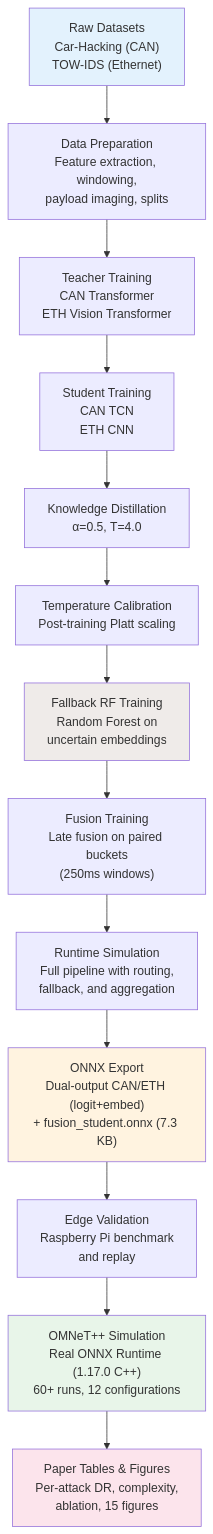
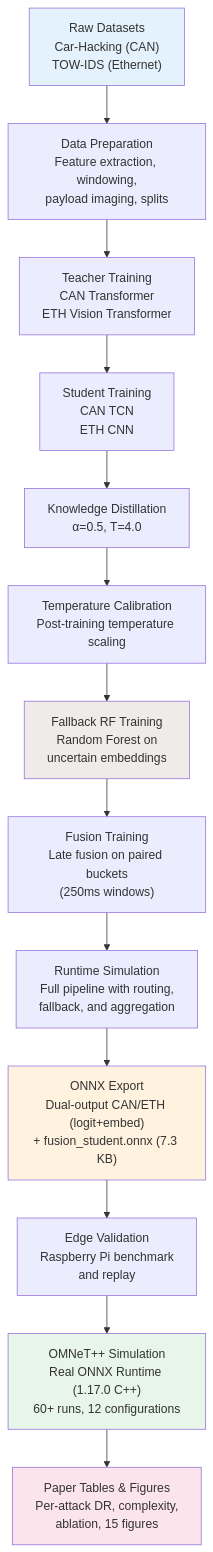
One commit to ningappa-hub/Research_Auto_IDS_DPCR-IDS changed the third of 3 diagrams in research_presentation.md. Above: the diagram before and after it, drawn with Mermaid. The commit also changed other lines of this file and 194 other files, not shown here.

````diff
--- a/research_presentation.md
+++ b/research_presentation.md
@@ -590,21 +595,21 @@
 ```mermaid
 graph TD
     A["Raw Datasets<br/>Car-Hacking (CAN)<br/>TOW-IDS (Ethernet)"] --> B["Data Preparation<br/>Feature extraction, windowing,<br/>payload imaging, splits"]
     B --> C["Teacher Training<br/>CAN Transformer<br/>ETH Vision Transformer"]
     C --> D["Student Training<br/>CAN TCN<br/>ETH CNN"]
     D --> E["Knowledge Distillation<br/>α=0.5, T=4.0"]
-    E --> F["Temperature Calibration<br/>Post-training Platt scaling"]
+    E --> F["Temperature Calibration<br/>Post-training temperature scaling"]
     F --> FB["Fallback RF Training<br/>Random Forest on<br/>uncertain embeddings"]
     FB --> G["Fusion Training<br/>Late fusion on paired buckets<br/>(250ms windows)"]
     G --> H["Runtime Simulation<br/>Full pipeline with routing,<br/>fallback, and aggregation"]
     H --> I["ONNX Export<br/>Dual-output CAN/ETH (logit+embed)<br/>+ fusion_student.onnx (7.3 KB)"]
     I --> J["Edge Validation<br/>Raspberry Pi benchmark<br/>and replay"]
     J --> K["OMNeT++ Simulation<br/>Real ONNX Runtime (1.17.0 C++)<br/>60+ runs, 12 configurations"]
     K --> L["Paper Tables & Figures<br/>Per-attack DR, complexity,<br/>ablation, 15 figures"]
     
     style A fill:#E3F2FD
     style K fill:#E8F5E9
     style I fill:#FFF3E0
     style L fill:#FCE4EC
     style FB fill:#EFEBE9
 ```
````
